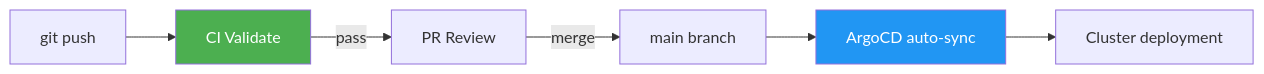
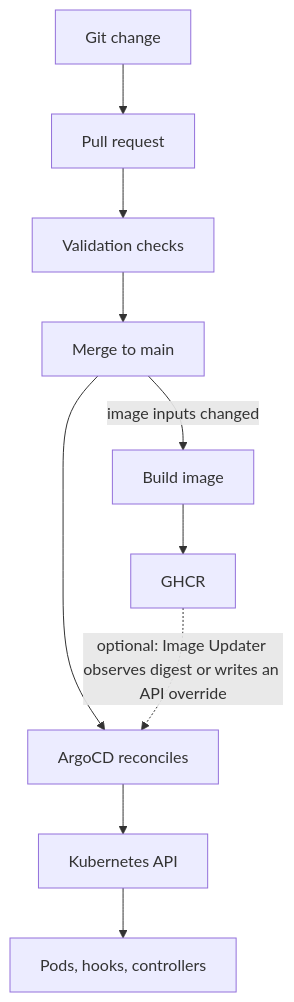
One commit to vityasyyy/invenio-rdm-gitops changed the second of 2 diagrams in README.md. Above: the diagram before and after it, drawn with Mermaid. The commit also changed other lines of this file and 1 other file, not shown here.

First line of the commit message:
docs(architecture): align deployment overview and explain repository structure (#164)

````diff
--- a/README.md
+++ b/README.md
@@ -199,11 +104,12 @@
 ```mermaid
-flowchart LR
-    PUSH[git push] --> CI[CI Validate]
-    CI -->|pass| PR[PR Review]
-    PR -->|merge| MAIN[main branch]
-    MAIN --> ARGO[ArgoCD auto-sync]
-    ARGO --> DEPLOY[Cluster deployment]
-
-    style CI fill:#4CAF50,color:#fff
-    style ARGO fill:#2196F3,color:#fff
+flowchart TD
+    Change[Git change] --> PR[Pull request]
+    PR --> CI[Validation checks]
+    CI --> Merge[Merge to main]
+    Merge --> Argo[ArgoCD reconciles]
+    Merge -->|image inputs changed| Build[Build image]
+    Build --> GHCR[GHCR]
+    GHCR -.->|optional: Image Updater observes digest or writes an API override| Argo
+    Argo --> K8s[Kubernetes API]
+    K8s --> Workloads[Pods, hooks, controllers]
 ```
````
